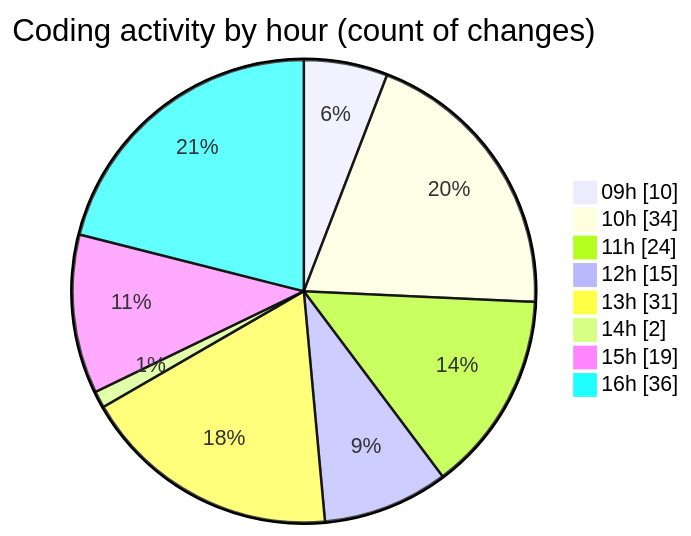
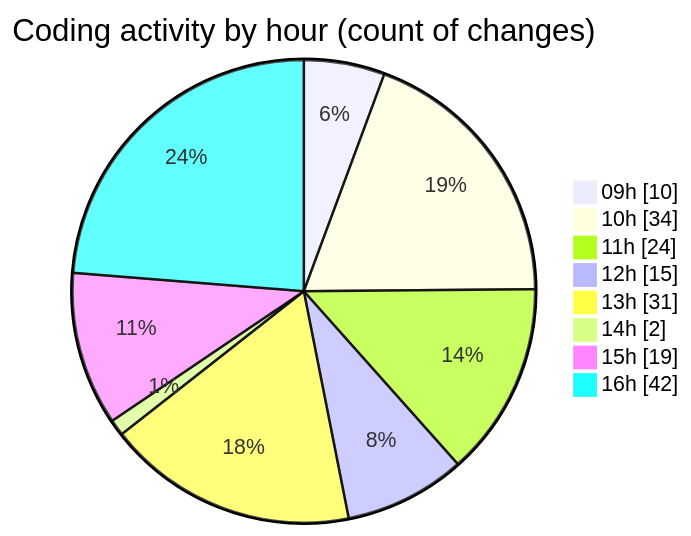
Before and after one commit to momahboobian/code-tracking: the second of 2 diagrams in 2025-09-02/cda/README.md, drawn with Mermaid. The commit also changed other lines of this file and 1 other file, not shown here.

````diff
--- a/2025-09-02/cda/README.md
+++ b/2025-09-02/cda/README.md
@@ -45,12 +45,12 @@
 ```mermaid
 pie showData
 title Coding activity by hour (count of changes)
 "09h" : 10
 "10h" : 34
 "11h" : 24
 "12h" : 15
 "13h" : 31
 "14h" : 2
 "15h" : 19
-"16h" : 36
+"16h" : 42
 ```
````
